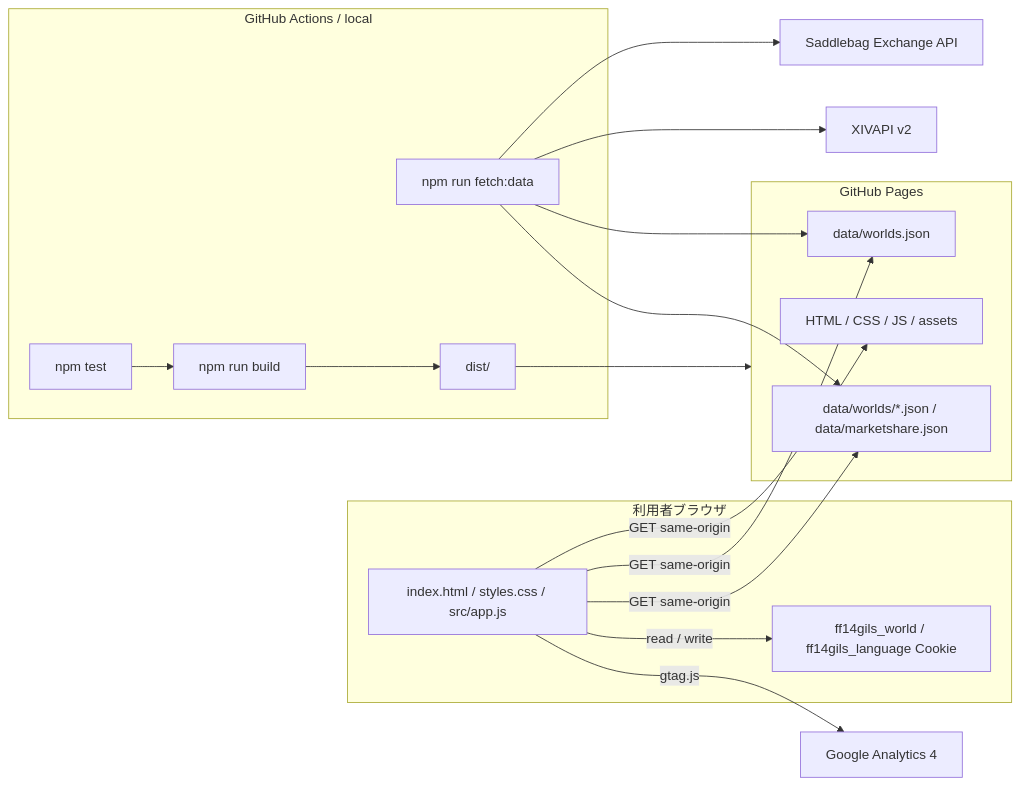
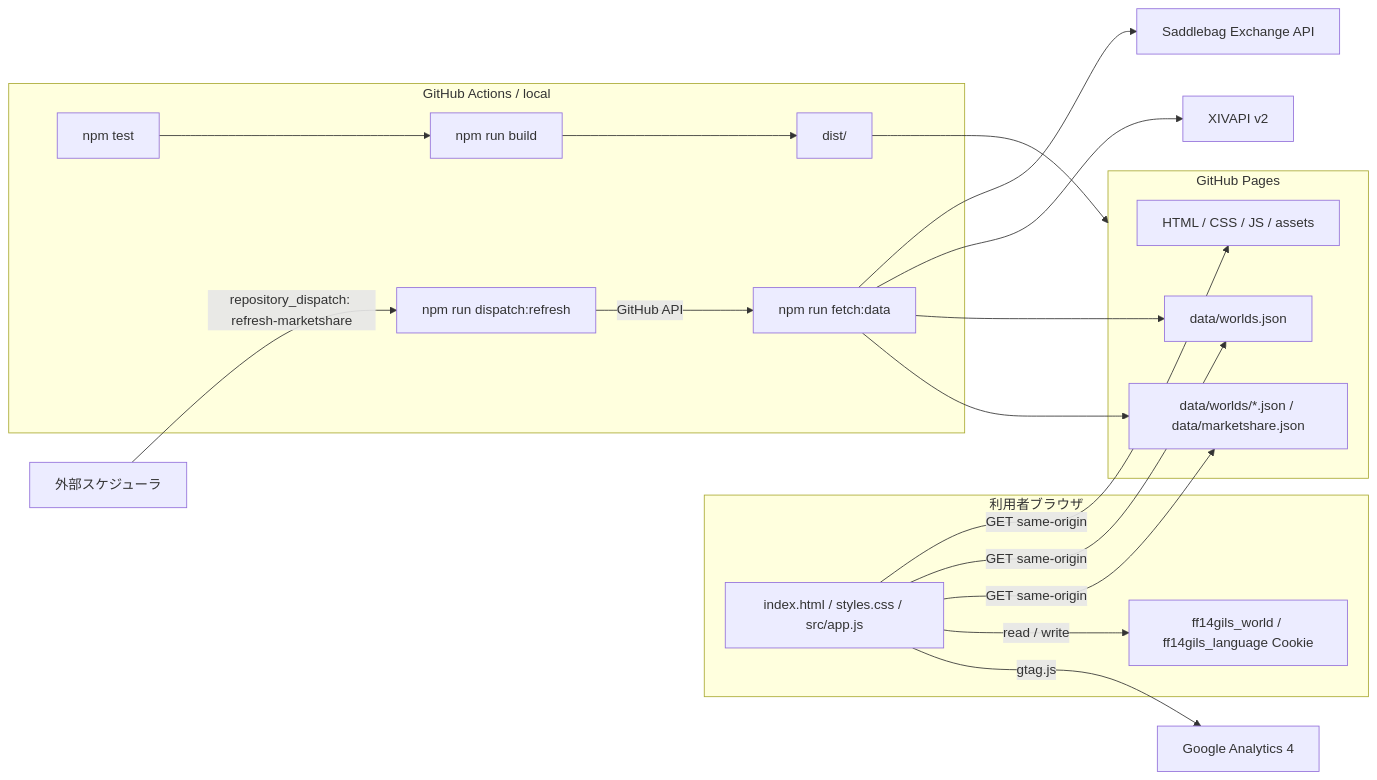
Before and after one commit to jinwktk/FF14Gils: the diagram in README.md, drawn with Mermaid. The commit also changed other lines of this file and 4 other files, not shown here.

````diff
--- a/README.md
+++ b/README.md
@@ -40,38 +40,43 @@
 ```mermaid
 flowchart LR
   subgraph Browser["利用者ブラウザ"]
     Ui["index.html / styles.css / src/app.js"]
     Cookie["ff14gils_world / ff14gils_language Cookie"]
   end
 
   subgraph Pages["GitHub Pages"]
     Static["HTML / CSS / JS / assets"]
     WorldIndex["data/worlds.json"]
     Snapshots["data/worlds/*.json / data/marketshare.json"]
   end
 
   subgraph Pipeline["GitHub Actions / local"]
     Tests["npm test"]
     FetchData["npm run fetch:data"]
+    Dispatch["npm run dispatch:refresh"]
     Build["npm run build"]
     Dist["dist/"]
   end
+
+  ExternalScheduler["外部スケジューラ"]
 
   Saddlebag["Saddlebag Exchange API"]
   Xivapi["XIVAPI v2"]
   Analytics["Google Analytics 4"]
 
   Ui -->|"GET same-origin"| Static
   Ui -->|"GET same-origin"| WorldIndex
   Ui -->|"GET same-origin"| Snapshots
   Ui -->|"read / write"| Cookie
   Ui -->|"gtag.js"| Analytics
 
   FetchData --> Saddlebag
   FetchData --> Xivapi
   FetchData --> WorldIndex
   FetchData --> Snapshots
+  ExternalScheduler -->|"repository_dispatch: refresh-marketshare"| Dispatch
+  Dispatch -->|"GitHub API"| FetchData
   Tests --> Build
   Build --> Dist
   Dist --> Pages
 ```
````
